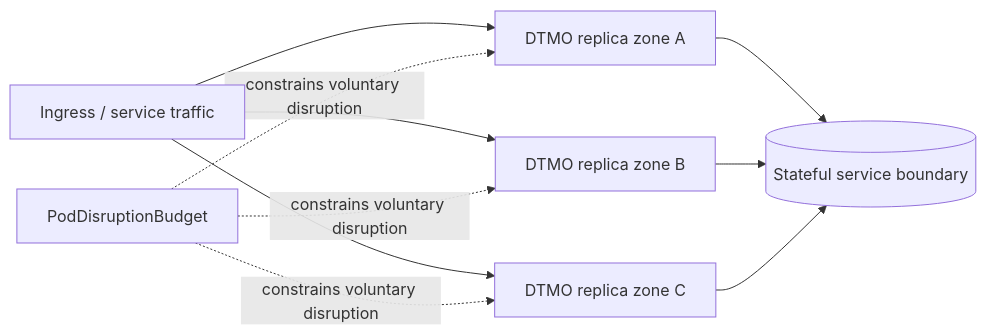
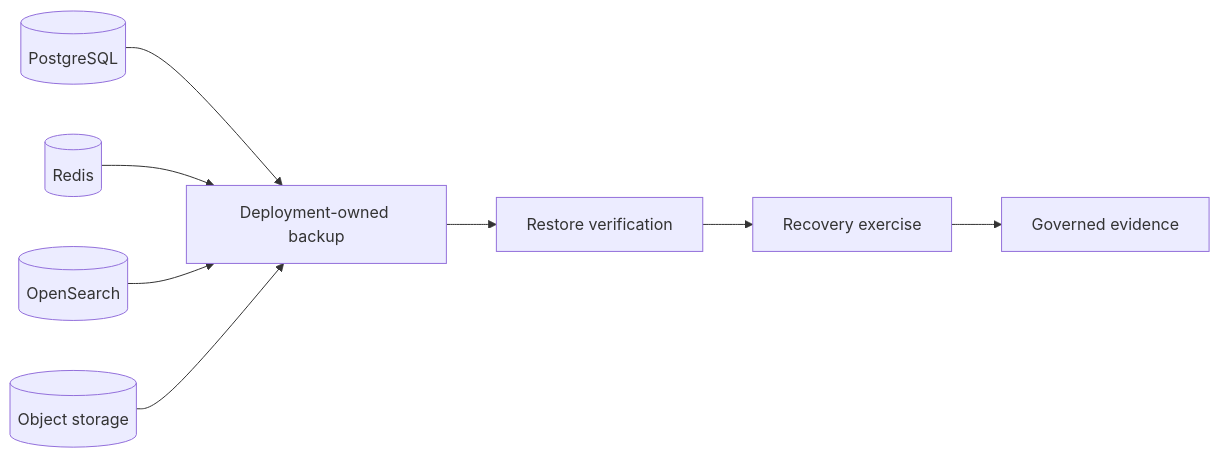
One commit to GJvManen/dtmo changed the diagram in docs/README.md. Above: the diagram before and after it, drawn with Mermaid. The commit also changed other lines of this file, not shown here.

Commit message:
Reconcile documentation portal for Phase 11.8f recovery

````diff
--- a/docs/README.md
+++ b/docs/README.md
@@ -87,12 +88,10 @@
 ```mermaid
 flowchart LR
-    U[Ingress / service traffic] --> A[DTMO replica zone A]
-    U --> B[DTMO replica zone B]
-    U --> C[DTMO replica zone C]
-    A --> S[(Stateful service boundary)]
-    B --> S
-    C --> S
-    P[PodDisruptionBudget] -. constrains voluntary disruption .-> A
-    P -. constrains voluntary disruption .-> B
-    P -. constrains voluntary disruption .-> C
+    PG[(PostgreSQL)] --> B[Deployment-owned backup]
+    R[(Redis)] --> B
+    O[(OpenSearch)] --> B
+    S[(Object storage)] --> B
+    B --> V[Restore verification]
+    V --> X[Recovery exercise]
+    X --> E[Governed evidence]
 ```
````
